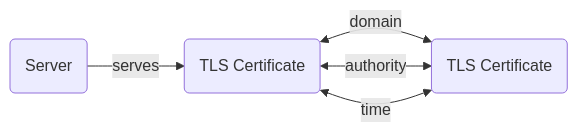
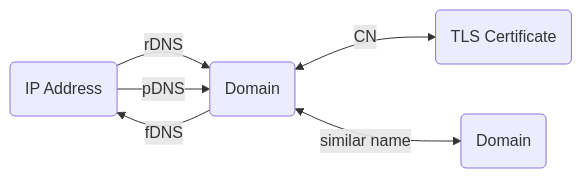
The diagram in docs/artifacts/domain.md (korniko98/pivot-atlas), drawn with Mermaid before and after one commit. The commit also changed other lines of this file and 12 other files, not shown here.

````diff
--- a/docs/artifacts/domain.md
+++ b/docs/artifacts/domain.md
@@ -26,11 +35,11 @@
 	```mermaid
 	flowchart LR
-		A("Server") -- serves --> B("TLS Certificate")
-		B <-- domain--> E("TLS Certificate")
-		B <-- authority--> E("TLS Certificate")
-		B <-- time--> E("TLS Certificate")
-		click A "#servers"
-		click C "#samples"
-		click D "#servers"
-		click E "#tls-certificates"
+		IP_ADDRESS("IP Address") -- rDNS --> DOMAIN("Domain")
+		IP_ADDRESS -- pDNS --> DOMAIN
+		DOMAIN -- fDNS --> IP_ADDRESS
+		DOMAIN <-- CN --> TLS_CERT("TLS Certificate")
+		DOMAIN <-- similar name --> DOMAIN_("Domain")
+		click DOMAIN_ "#domains"
+		click TLS_CERT "#tls-certificates"
+		click IP_ADDRESS "#ip-addresses"
 	```
````
